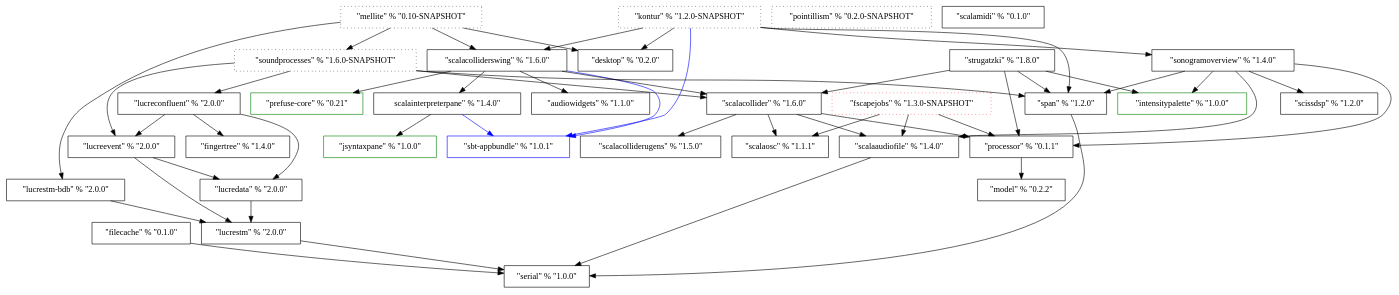
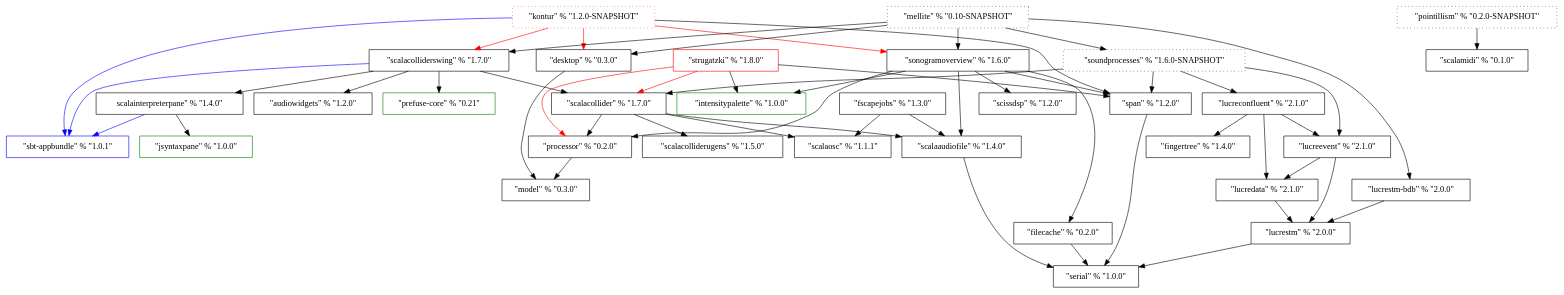
The diagram in ProjectDependencies/dep.dot (Sciss/HistoricalCode), drawn with Graphviz before and after one commit.

```diff
--- a/ProjectDependencies/dep.dot
+++ b/ProjectDependencies/dep.dot
@@ -1,83 +1,86 @@
 digraph G {
-	AudioWidgets [label="\"audiowidgets\" % \"1.1.0\"", shape=box];
-	Desktop [label="\"desktop\" % \"0.2.0\"", shape=Box];
-	FileCache [label="\"filecache\" % \"0.1.0\"", shape=Box];
+	AudioWidgets [label="\"audiowidgets\" % \"1.2.0\"", shape=box];
+	Desktop [label="\"desktop\" % \"0.3.0\"", shape=Box];
+	FileCache [label="\"filecache\" % \"0.2.0\"", shape=Box];
 	FingerTree [label="\"fingertree\" % \"1.4.0\"", shape=Box];
-	FScapeJobs [label="\"fscapejobs\" % \"1.3.0-SNAPSHOT\"", shape=box, style=dotted, color=red];
+	FScapeJobs [label="\"fscapejobs\" % \"1.3.0\"", shape=box];
 	IntensityPalette [label="\"intensitypalette\" % \"1.0.0\"", shape=Box, color=green];
 	JSyntaxPane [label="\"jsyntaxpane\" % \"1.0.0\"", shape=Box, color=green];
-	Kontur [label="\"kontur\" % \"1.2.0-SNAPSHOT\"", shape=Box, style=dotted];
-	LucreConfluent [label="\"lucreconfluent\" % \"2.0.0\"", shape=Box];
-	LucreData [label="\"lucredata\" % \"2.0.0\"", shape=Box];
-	LucreEvent [label="\"lucreevent\" % \"2.0.0\"", shape=Box];
+	Kontur [label="\"kontur\" % \"1.2.0-SNAPSHOT\"", shape=Box, style=dotted, color=red];
+	LucreConfluent [label="\"lucreconfluent\" % \"2.1.0\"", shape=Box];
+	LucreData [label="\"lucredata\" % \"2.1.0\"", shape=Box];
+	LucreEvent [label="\"lucreevent\" % \"2.1.0\"", shape=Box];
 	LucreSTM [label="\"lucrestm\" % \"2.0.0\"", shape=Box];
 	LucreSTM_BDB [label="\"lucrestm-bdb\" % \"2.0.0\"", shape=Box];
 	Mellite [label="\"mellite\" % \"0.10-SNAPSHOT\"", shape=Box, style=dotted];
-	Model [label="\"model\" % \"0.2.2\"", shape=Box];
+	Model [label="\"model\" % \"0.3.0\"", shape=Box];
 	PrefuseCore [label="\"prefuse-core\" % \"0.21\"", shape=Box, color=green];
 	Pointillism [label="\"pointillism\" % \"0.2.0-SNAPSHOT\"", shape=Box, style=dotted];
-	Processor [label="\"processor\" % \"0.1.1\"", shape=Box];
+	Processor [label="\"processor\" % \"0.2.0\"", shape=Box];
 	SbtAppbundle [label="\"sbt-appbundle\" % \"1.0.1\"", shape=Box, color=blue];
 	ScalaOSC [label="\"scalaosc\" % \"1.1.1\"", shape=box];
 	ScalaAudioFile [label="\"scalaaudiofile\" % \"1.4.0\"", shape=box];
-	ScalaCollider [label="\"scalacollider\" % \"1.6.0\"", shape=Box];
-	ScalaColliderSwing [label="\"scalacolliderswing\" % \"1.6.0\"", shape=Box];
+	ScalaCollider [label="\"scalacollider\" % \"1.7.0\"", shape=Box];
+	ScalaColliderSwing [label="\"scalacolliderswing\" % \"1.7.0\"", shape=Box];
 	ScalaColliderUGens [label="\"scalacolliderugens\" % \"1.5.0\"", shape=Box];
 	ScalaInterpreterPane [label="\scalainterpreterpane\" % \"1.4.0\"", shape=Box];
 	ScalaMIDI [label="\"scalamidi\" % \"0.1.0\"", shape=Box];
 	ScissDSP [label="\"scissdsp\" % \"1.2.0\"", shape=Box];
 	Serial [label="\"serial\" % \"1.0.0\"", shape=Box];
-	SonogramOverview [label="\"sonogramoverview\" % \"1.4.0\"", shape=Box];
+	SonogramOverview [label="\"sonogramoverview\" % \"1.6.0\"", shape=Box];
 	SoundProcesses [label="\"soundprocesses\" % \"1.6.0-SNAPSHOT\"", shape=Box, style=dotted];
    Span [label="\"span\" % \"1.2.0\"", shape=box];
-	Strugatzki [label="\"strugatzki\" % \"1.8.0\"", shape=Box];
-	
+	Strugatzki [label="\"strugatzki\" % \"1.8.0\"", shape=Box, color=red];
+
+   Desktop -> Model;	
 	FileCache -> Serial;
-	FScapeJobs -> Processor;
 	FScapeJobs -> ScalaOSC;
 	FScapeJobs -> ScalaAudioFile;
-	Kontur -> Desktop;
+	Kontur -> Desktop [color=red];
 	Kontur -> SbtAppbundle [color=blue];
-	Kontur -> ScalaColliderSwing;
-	Kontur -> SonogramOverview;
+	Kontur -> ScalaColliderSwing [color=red];
+	Kontur -> SonogramOverview [color=red];
 	Kontur -> Span;
 	LucreConfluent -> FingerTree;
 	LucreConfluent -> LucreData;
 	LucreConfluent -> LucreEvent;
 	LucreData -> LucreSTM;
 	LucreEvent -> LucreSTM;
    LucreEvent -> LucreData;
    LucreSTM -> Serial;
    LucreSTM_BDB -> LucreSTM;
    Mellite -> Desktop;
 	Mellite -> LucreSTM_BDB;
 	Mellite -> ScalaColliderSwing;
+	Mellite -> SonogramOverview;
 	Mellite -> SoundProcesses;
+	Pointillism -> ScalaMIDI;
 	Processor -> Model;
    ScalaAudioFile -> Serial;
    ScalaCollider -> Processor;
 	ScalaCollider -> ScalaAudioFile;
 	ScalaCollider -> ScalaColliderUGens;
 	ScalaCollider -> ScalaOSC;
 	ScalaColliderSwing -> SbtAppbundle [color=blue];
 	ScalaColliderSwing -> ScalaCollider;
 	ScalaColliderSwing -> ScalaInterpreterPane;
 	ScalaColliderSwing -> PrefuseCore;
 	ScalaColliderSwing -> AudioWidgets;
 	ScalaInterpreterPane -> JSyntaxPane;
 	ScalaInterpreterPane -> SbtAppbundle [color=blue];
+	SonogramOverview -> FileCache;
 	SonogramOverview -> IntensityPalette;
 	SonogramOverview -> Processor;
 	SonogramOverview -> ScalaAudioFile;
 	SonogramOverview -> ScissDSP;
 	SonogramOverview -> Span;
 	SoundProcesses -> ScalaCollider;
 	SoundProcesses -> LucreConfluent;
 	SoundProcesses -> LucreEvent;
 	SoundProcesses -> Span;
 	Span -> Serial;
 	Strugatzki -> IntensityPalette;
-	Strugatzki -> Processor;
-	Strugatzki -> ScalaCollider;
+	Strugatzki -> Processor [color=red];
+	Strugatzki -> ScalaCollider [color=red];
 	Strugatzki -> Span;
 }
```
